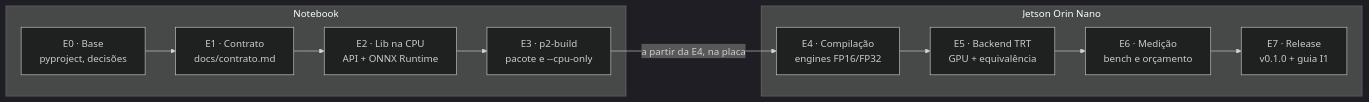
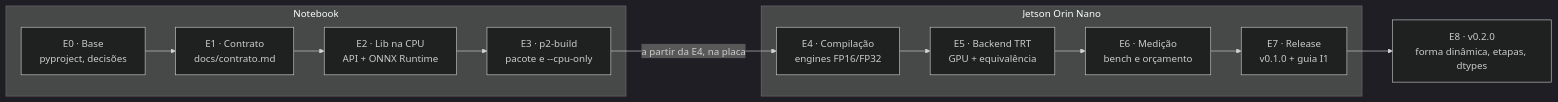
One commit to ods-26-2/p2 changed the diagram in plano-p2.md. Above: the diagram before and after it, drawn with Mermaid (dark theme). The commit also changed other lines of this file and 25 other files, not shown here.

````diff
--- a/plano-p2.md
+++ b/plano-p2.md
@@ -20,10 +20,11 @@
 ```mermaid
 flowchart LR
     subgraph NB["Notebook"]
         E0["E0 · Base<br/>pyproject, decisões"] --> E1["E1 · Contrato<br/>docs/contrato.md"] --> E2["E2 · Lib na CPU<br/>API + ONNX Runtime"] --> E3["E3 · p2-build<br/>pacote e --cpu-only"]
     end
     subgraph JT["Jetson Orin Nano"]
         E4["E4 · Compilação<br/>engines FP16/FP32"] --> E5["E5 · Backend TRT<br/>GPU + equivalência"] --> E6["E6 · Medição<br/>bench e orçamento"] --> E7["E7 · Release<br/>v0.1.0 + guia I1"]
     end
     E3 -- "a partir da E4, na placa" --> E4
+    E7 --> E8["E8 · v0.2.0<br/>forma dinâmica, etapas, dtypes"]
 ```
````
